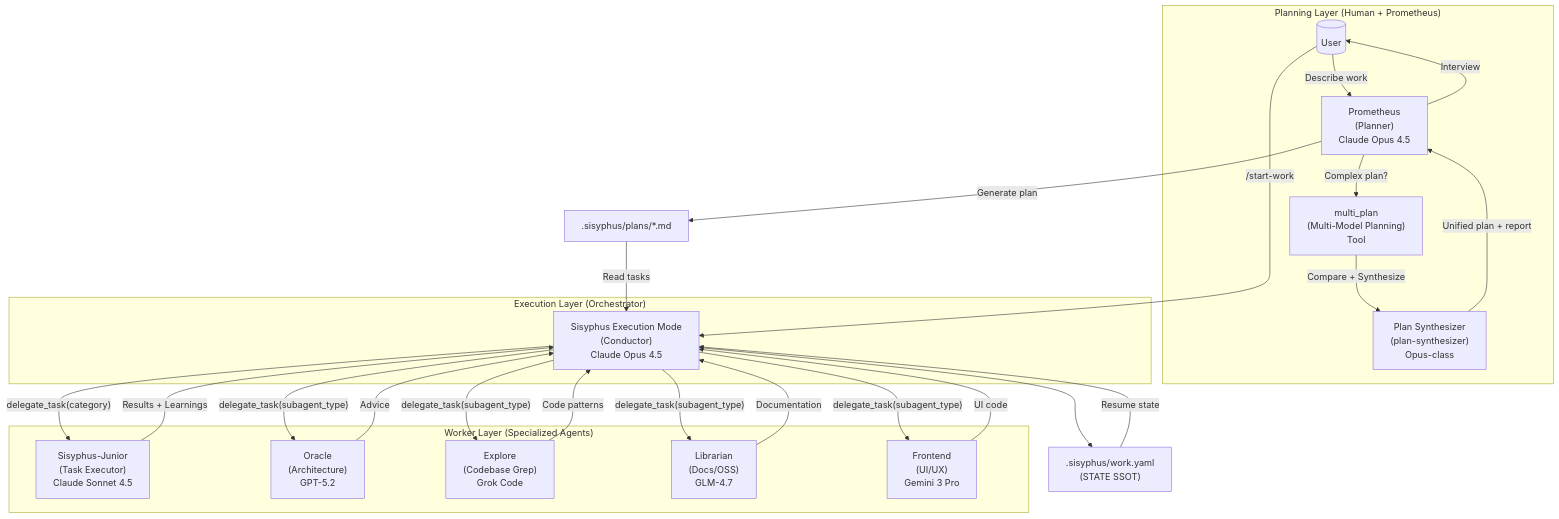
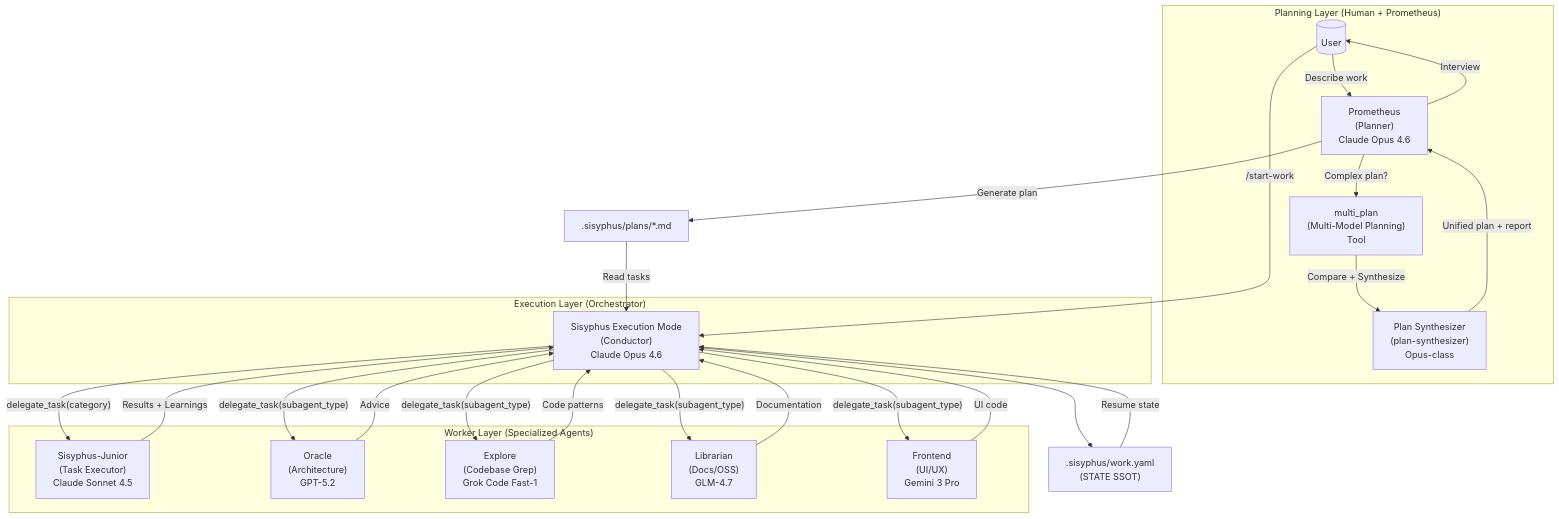
The first of 4 diagrams in docs/guide/understanding-orchestration-system.md (arcthur/oh-my-opencode), drawn with Mermaid before and after one commit. The commit also changed other lines of this file and 43 other files, not shown here.

````diff
--- a/docs/guide/understanding-orchestration-system.md
+++ b/docs/guide/understanding-orchestration-system.md
@@ -22,45 +22,45 @@
 ```mermaid
 flowchart TB
     subgraph Planning["Planning Layer (Human + Prometheus)"]
         User[("User")]
-        Prometheus["Prometheus<br/>(Planner)<br/>Claude Opus 4.5"]
+        Prometheus["Prometheus<br/>(Planner)<br/>Claude Opus 4.6"]
         MultiPlan["multi_plan<br/>(Multi-Model Planning)<br/>Tool"]
         Synth["Plan Synthesizer<br/>(plan-synthesizer)<br/>Opus-class"]
     end
     
     subgraph Execution["Execution Layer (Orchestrator)"]
-        Orchestrator["Sisyphus Execution Mode<br/>(Conductor)<br/>Claude Opus 4.5"]
+        Orchestrator["Sisyphus Execution Mode<br/>(Conductor)<br/>Claude Opus 4.6"]
     end
     
     subgraph Workers["Worker Layer (Specialized Agents)"]
         Junior["Sisyphus-Junior<br/>(Task Executor)<br/>Claude Sonnet 4.5"]
         Oracle["Oracle<br/>(Architecture)<br/>GPT-5.2"]
-        Explore["Explore<br/>(Codebase Grep)<br/>Grok Code"]
+        Explore["Explore<br/>(Codebase Grep)<br/>Grok Code Fast-1"]
         Librarian["Librarian<br/>(Docs/OSS)<br/>GLM-4.7"]
         Frontend["Frontend<br/>(UI/UX)<br/>Gemini 3 Pro"]
     end
     
     User -->|"Describe work"| Prometheus
     Prometheus -->|"Interview"| User
     Prometheus -->|"Generate plan"| Plan[".sisyphus/plans/*.md"]
     Prometheus -->|"Complex plan?"| MultiPlan
     MultiPlan -->|"Compare + Synthesize"| Synth
     Synth -->|"Unified plan + report"| Prometheus
     
     User -->|"/start-work"| Orchestrator
     Orchestrator --> WorkState[".sisyphus/work.yaml<br/>(STATE SSOT)"]
     Plan -->|"Read tasks"| Orchestrator
     WorkState -->|"Resume state"| Orchestrator
     
     Orchestrator -->|"delegate_task(category)"| Junior
     Orchestrator -->|"delegate_task(subagent_type)"| Oracle
     Orchestrator -->|"delegate_task(subagent_type)"| Explore
     Orchestrator -->|"delegate_task(subagent_type)"| Librarian
     Orchestrator -->|"delegate_task(subagent_type)"| Frontend
     
     Junior -->|"Results + Learnings"| Orchestrator
     Oracle -->|"Advice"| Orchestrator
     Explore -->|"Code patterns"| Orchestrator
     Librarian -->|"Documentation"| Orchestrator
     Frontend -->|"UI code"| Orchestrator
 ```
````
